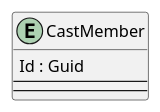
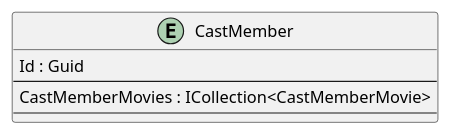
The diagram in .docs/BlazorWebAppMovies.pu (intrepion/BlazorWebAppMovies), drawn with PlantUML before and after one commit.

```diff
--- a/.docs/BlazorWebAppMovies.pu
+++ b/.docs/BlazorWebAppMovies.pu
@@ -1,15 +1,16 @@
 @startuml
 
 entity CastMember {
     Id : Guid
     --
+    CastMemberMovies : ICollection<CastMemberMovie>
     ' CastMemberKeyCodePlaceholder
     --
     ' CastMemberPropertyCodePlaceholder
 }
 
 ' EntityCodePlaceholder
 
 ' RelationshipCodePlaceholder
 
 @enduml
```
